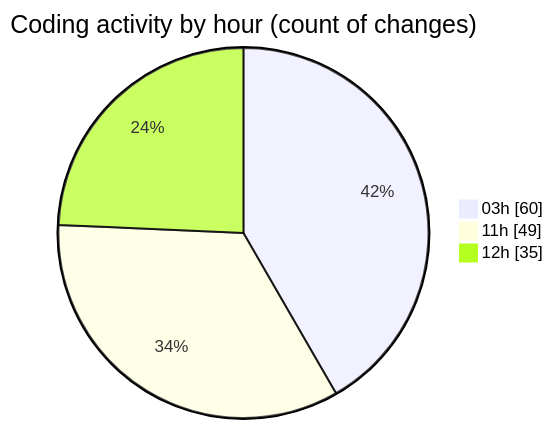
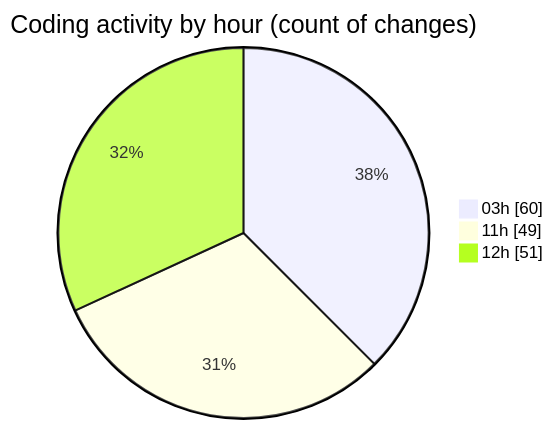
Before and after one commit to Ritupan-Deka/code-tracking: the second of 2 diagrams in 2025-07-02/mern-thinkboard/README.md, drawn with Mermaid. The commit also changed other lines of this file and 1 other file, not shown here.

````diff
--- a/2025-07-02/mern-thinkboard/README.md
+++ b/2025-07-02/mern-thinkboard/README.md
@@ -37,7 +38,7 @@
 ```mermaid
 pie showData
 title Coding activity by hour (count of changes)
 "03h" : 60
 "11h" : 49
-"12h" : 35
+"12h" : 51
 ```
````
